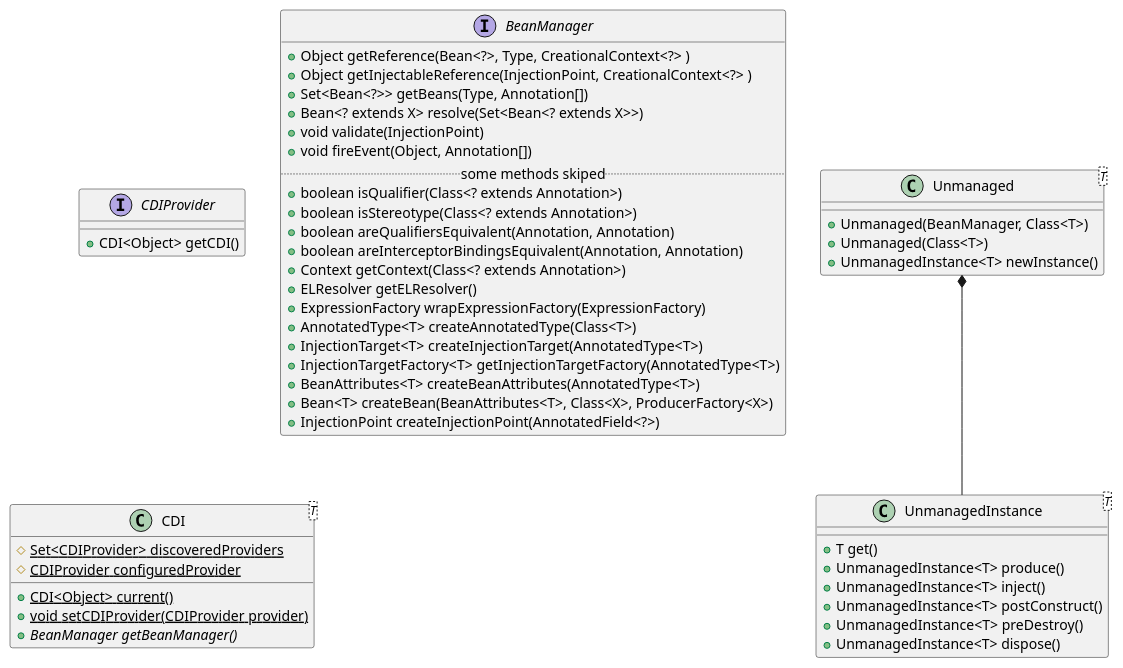
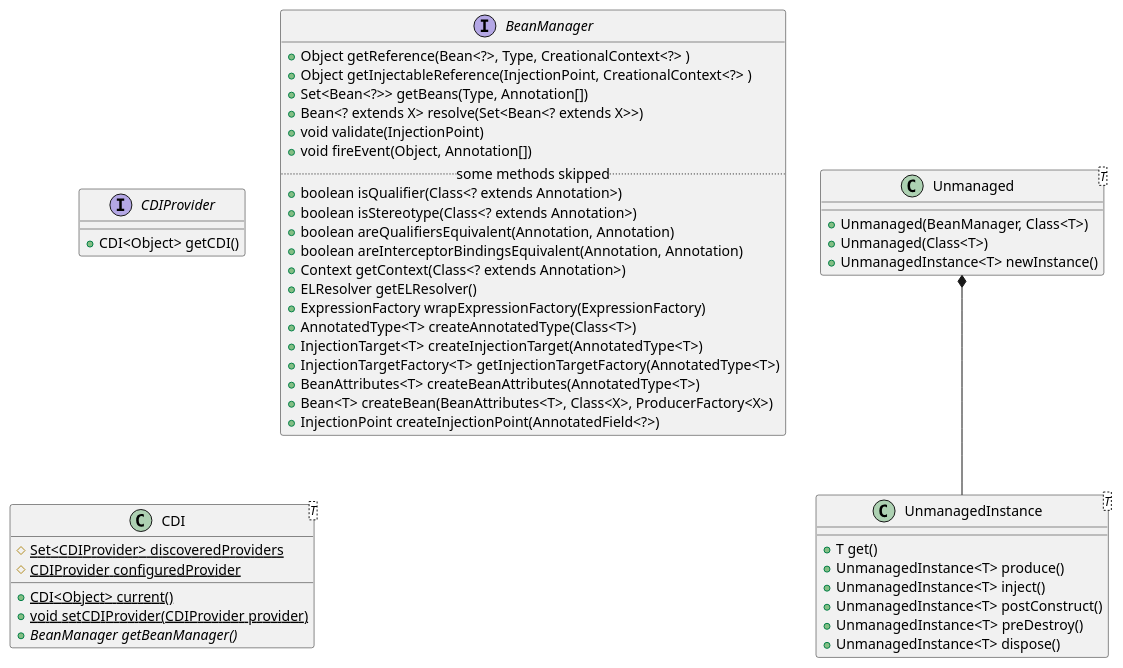
One commit to astefanutti/further-cdi changed the third of 4 diagrams in parts/spi.adoc. Above: the diagram before and after it, drawn with PlantUML.

Commit message:
Fix typo in SPI entry points

```diff
--- a/parts/spi.adoc
+++ b/parts/spi.adoc
@@ -305,64 +305,64 @@
 [plantuml, "entry-points", "svg", height="95%", width="100%"]
 ----
 @startuml
 
 skinparam shadowing false
 skinparam defaultFontName Consolas
 
 Unmanaged *-- UnmanagedInstance
 
 class Unmanaged<T> {
     +Unmanaged(BeanManager, Class<T>)
     +Unmanaged(Class<T>)
     +UnmanagedInstance<T> newInstance()
 }
 
 
 class UnmanagedInstance<T> {
     +T get()
     +UnmanagedInstance<T> produce()
     +UnmanagedInstance<T> inject()
     +UnmanagedInstance<T> postConstruct()
     +UnmanagedInstance<T> preDestroy()
     +UnmanagedInstance<T> dispose()
 }
 
 interface CDIProvider {
     +CDI<Object> getCDI()
 }
 
 interface BeanManager {
     +Object getReference(Bean<?>, Type, CreationalContext<?> )
     +Object getInjectableReference(InjectionPoint, CreationalContext<?> )
     +Set<Bean<?>> getBeans(Type, Annotation[])
     +Bean<? extends X> resolve(Set<Bean<? extends X>>)
     +void validate(InjectionPoint)
     +void fireEvent(Object, Annotation[])
-    .. some methods skiped ..
+    .. some methods skipped ..
     +boolean isQualifier(Class<? extends Annotation>)
     +boolean isStereotype(Class<? extends Annotation>)
     +boolean areQualifiersEquivalent(Annotation, Annotation)
     +boolean areInterceptorBindingsEquivalent(Annotation, Annotation)
     +Context getContext(Class<? extends Annotation>)
     +ELResolver getELResolver()
     +ExpressionFactory wrapExpressionFactory(ExpressionFactory)
     +AnnotatedType<T> createAnnotatedType(Class<T>)
     +InjectionTarget<T> createInjectionTarget(AnnotatedType<T>)
     +InjectionTargetFactory<T> getInjectionTargetFactory(AnnotatedType<T>)
     +BeanAttributes<T> createBeanAttributes(AnnotatedType<T>)
     +Bean<T> createBean(BeanAttributes<T>, Class<X>, ProducerFactory<X>)
     +InjectionPoint createInjectionPoint(AnnotatedField<?>)
 }
 
 
 class CDI<T> {
 
     # {static} Set<CDIProvider> discoveredProviders
     # {static} CDIProvider configuredProvider
     + {static} CDI<Object> current()
     + {static} void setCDIProvider(CDIProvider provider)
     + {abstract} BeanManager getBeanManager()
 }
 
 @enduml
 ----
```
